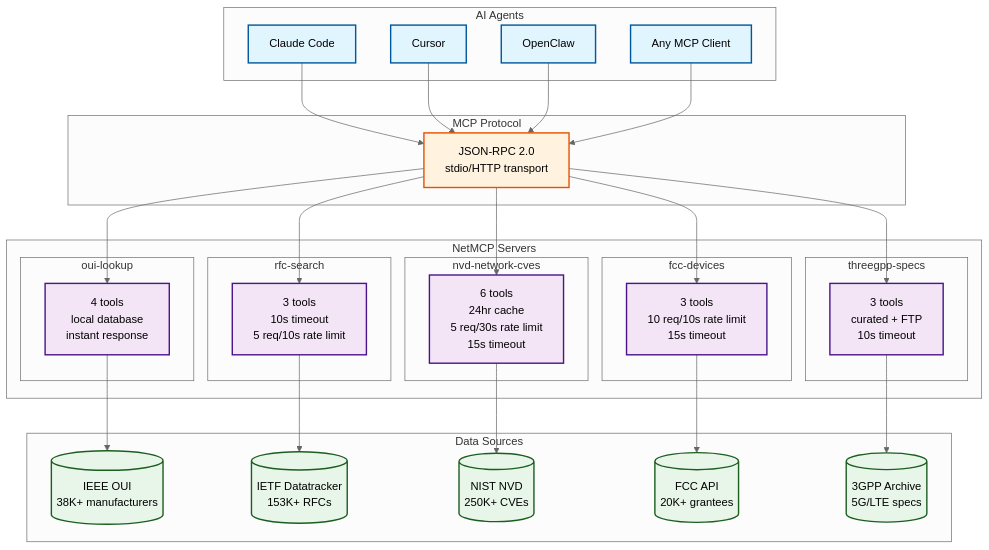
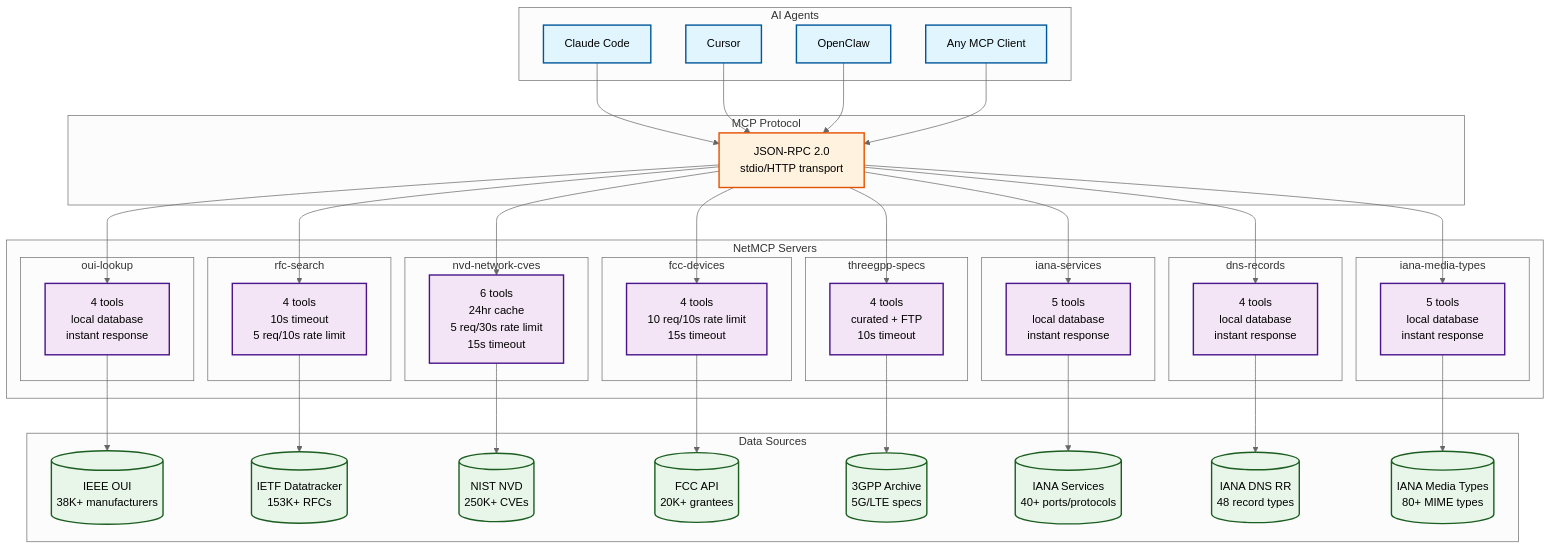
One commit to cheenu1092-oss/netmcp changed the diagram in README.md. Above: the diagram before and after it, drawn with Mermaid (neutral theme). The commit also changed other lines of this file and 1 other file, not shown here.

Commit message:
docs: update root README to reflect all 8 packages (36 tools, 66 tests)

````diff
--- a/README.md
+++ b/README.md
@@ -28,61 +31,79 @@
 ```mermaid
 graph TB
     subgraph "AI Agents"
         A1[Claude Code]
         A2[Cursor]
         A3[OpenClaw]
         A4[Any MCP Client]
     end
     
     subgraph "MCP Protocol"
         MCP[JSON-RPC 2.0<br/>stdio/HTTP transport]
     end
     
     subgraph "NetMCP Servers"
         subgraph "oui-lookup"
             OUI[4 tools<br/>local database<br/>instant response]
         end
         
         subgraph "rfc-search"
-            RFC[3 tools<br/>10s timeout<br/>5 req/10s rate limit]
+            RFC[4 tools<br/>10s timeout<br/>5 req/10s rate limit]
         end
         
         subgraph "nvd-network-cves"
             NVD[6 tools<br/>24hr cache<br/>5 req/30s rate limit<br/>15s timeout]
         end
         
         subgraph "fcc-devices"
-            FCC[3 tools<br/>10 req/10s rate limit<br/>15s timeout]
+            FCC[4 tools<br/>10 req/10s rate limit<br/>15s timeout]
         end
         
         subgraph "threegpp-specs"
-            3GPP[3 tools<br/>curated + FTP<br/>10s timeout]
+            3GPP[4 tools<br/>curated + FTP<br/>10s timeout]
+        end
+        
+        subgraph "iana-services"
+            IANA[5 tools<br/>local database<br/>instant response]
+        end
+        
+        subgraph "dns-records"
+            DNS[4 tools<br/>local database<br/>instant response]
+        end
+        
+        subgraph "iana-media-types"
+            MEDIA[5 tools<br/>local database<br/>instant response]
         end
     end
     
     subgraph "Data Sources"
         DS1[(IEEE OUI<br/>38K+ manufacturers)]
         DS2[(IETF Datatracker<br/>153K+ RFCs)]
         DS3[(NIST NVD<br/>250K+ CVEs)]
         DS4[(FCC API<br/>20K+ grantees)]
         DS5[(3GPP Archive<br/>5G/LTE specs)]
+        DS6[(IANA Services<br/>40+ ports/protocols)]
+        DS7[(IANA DNS RR<br/>48 record types)]
+        DS8[(IANA Media Types<br/>80+ MIME types)]
     end
     
     A1 & A2 & A3 & A4 --> MCP
-    MCP --> OUI & RFC & NVD & FCC & 3GPP
+    MCP --> OUI & RFC & NVD & FCC & 3GPP & IANA & DNS & MEDIA
     OUI --> DS1
     RFC --> DS2
     NVD --> DS3
     FCC --> DS4
     3GPP --> DS5
+    IANA --> DS6
+    DNS --> DS7
+    MEDIA --> DS8
     
     classDef agent fill:#e1f5fe,stroke:#01579b,stroke-width:2px
     classDef mcp fill:#fff3e0,stroke:#e65100,stroke-width:2px
     classDef server fill:#f3e5f5,stroke:#4a148c,stroke-width:2px
     classDef source fill:#e8f5e9,stroke:#1b5e20,stroke-width:2px
     
     class A1,A2,A3,A4 agent
     class MCP mcp
-    class OUI,RFC,NVD,FCC,3GPP server
-    class DS1,DS2,DS3,DS4,DS5 source
+    class OUI,RFC,NVD,FCC,3GPP,IANA,DNS,MEDIA server
+    class DS1,DS2,DS3,DS4,DS5,DS6,DS7,DS8 source
 ```
````
